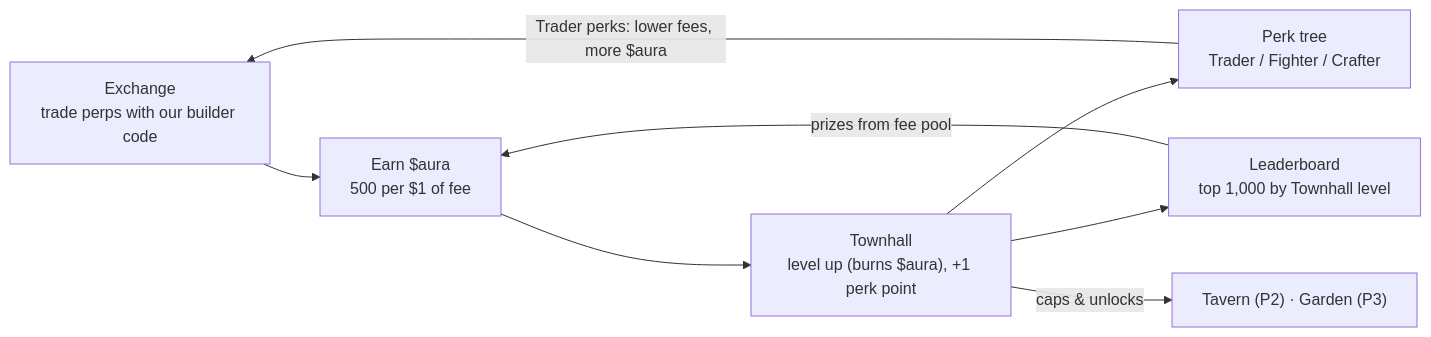
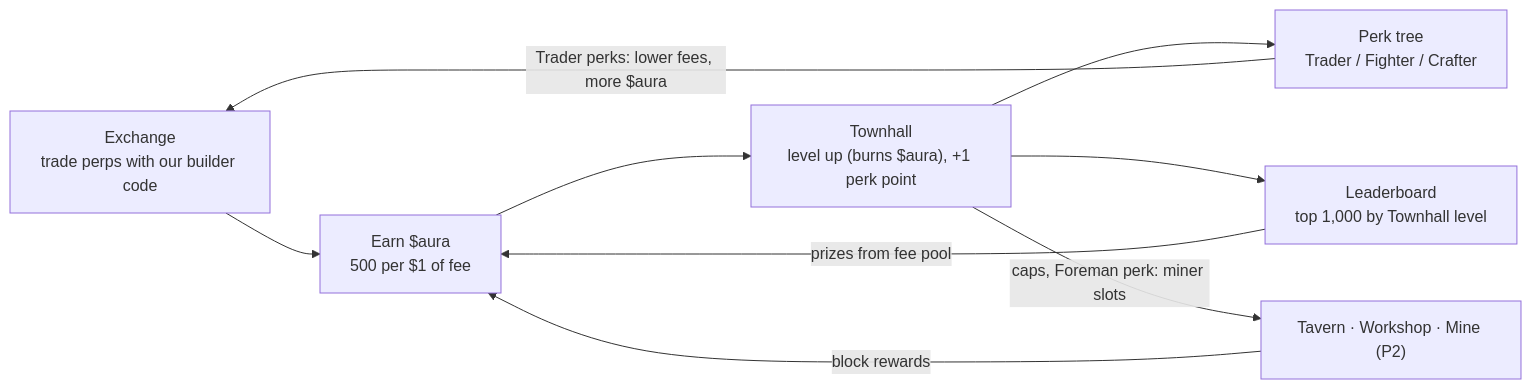
One commit to atonyp89/hyperempire changed the first of 2 diagrams in docs/mvp-design.md. Above: the diagram before and after it, drawn with Mermaid. The commit also changed other lines of this file and 1 other file, not shown here.

````diff
--- a/docs/mvp-design.md
+++ b/docs/mvp-design.md
@@ -62,10 +67,11 @@
 ```mermaid
 flowchart LR
   X["Exchange<br/>trade perps with our builder code"] --> E["Earn $aura<br/>500 per $1 of fee"]
   E --> T["Townhall<br/>level up (burns $aura), +1 perk point"]
   T --> P["Perk tree<br/>Trader / Fighter / Crafter"]
   P -- "Trader perks: lower fees, more $aura" --> X
   T --> B["Leaderboard<br/>top 1,000 by Townhall level"]
   B -- "prizes from fee pool" --> E
-  T -- "caps & unlocks" --> V["Tavern (P2) · Garden (P3)"]
+  T -- "caps, Foreman perk: miner slots" --> V["Tavern · Workshop · Mine (P2)"]
+  V -- "block rewards" --> E
 ```
````
